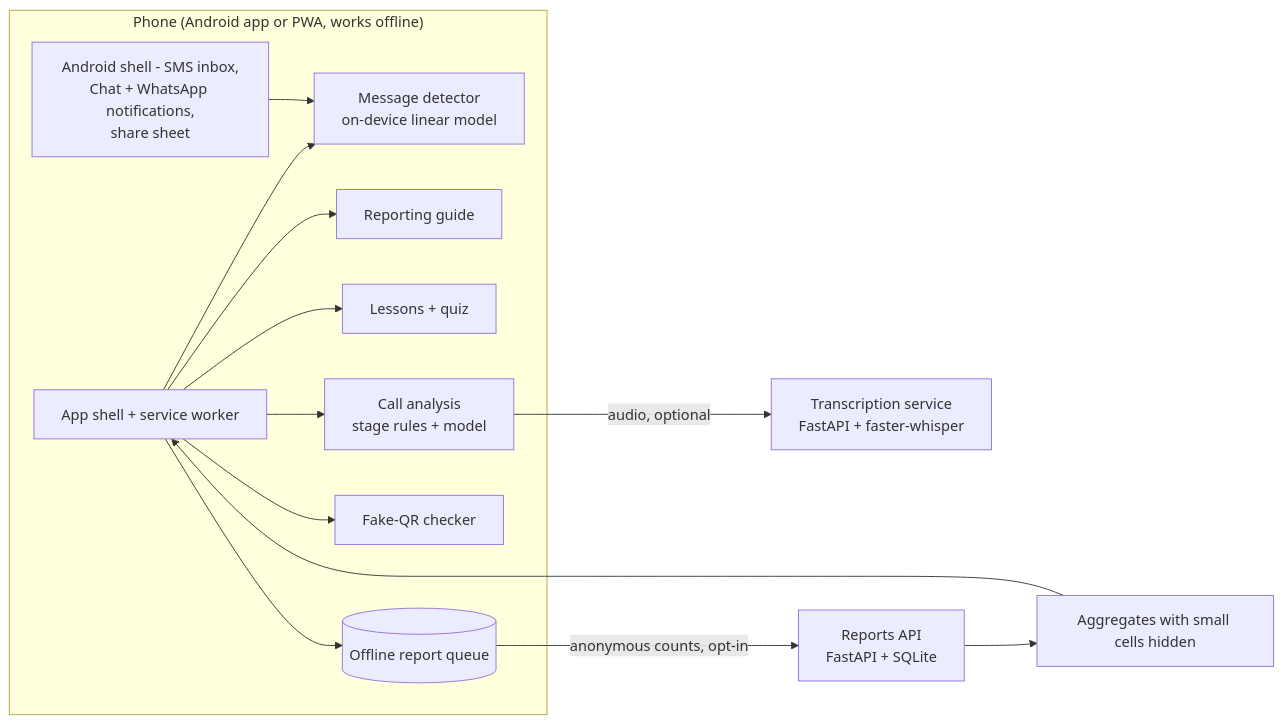
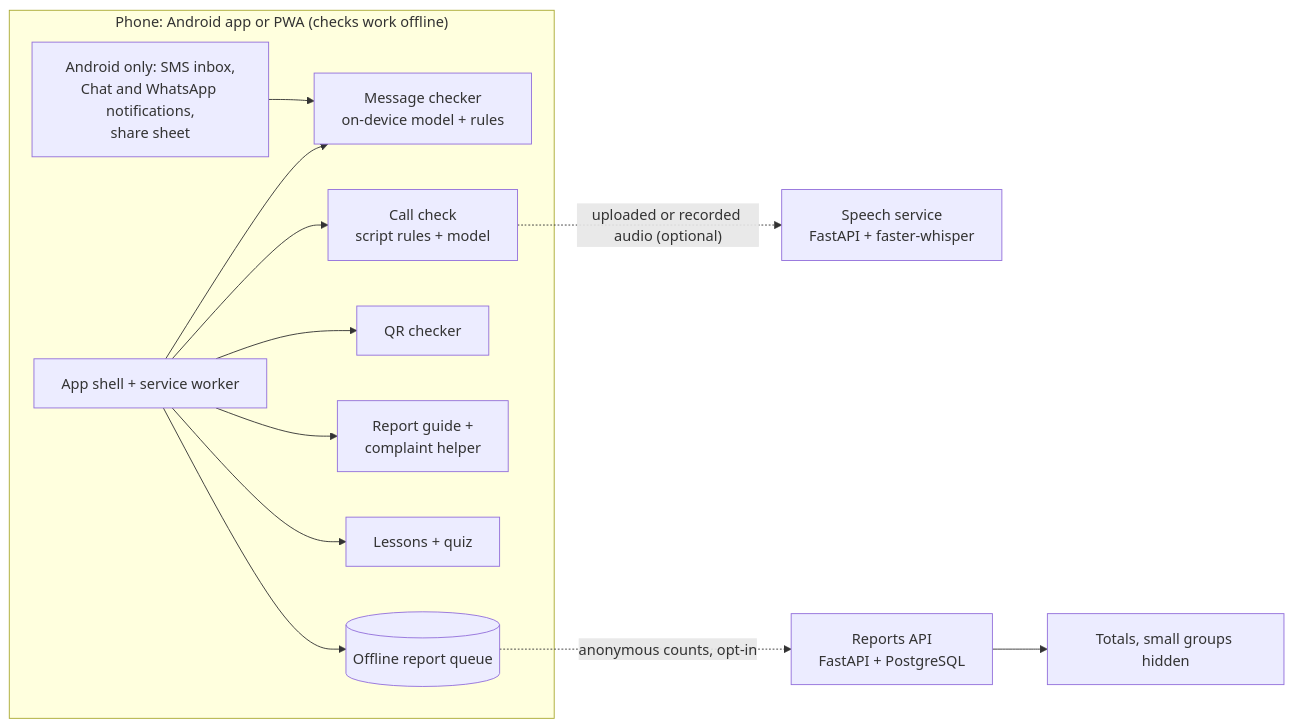
One commit to Headhunte-121/Hack-a-sol-specter changed the diagram in README.md. Above: the diagram before and after it, drawn with Mermaid. The commit also changed other lines of this file and 4 other files, not shown here.

````diff
--- a/README.md
+++ b/README.md
@@ -45,16 +96,15 @@
 ```mermaid
 flowchart LR
-  subgraph Phone["Phone (Android app or PWA, works offline)"]
-    A[App shell + service worker] --> B[Message detector<br/>on-device linear model]
-    N[Android shell - SMS inbox,<br/>Chat + WhatsApp notifications,<br/>share sheet] --> B
-    A --> C[Reporting guide]
-    A --> D[Lessons + quiz]
-    A --> E[Call analysis<br/>stage rules + model]
-    A --> F[Fake-QR checker]
-    A --> Q[(Offline report queue)]
+  subgraph Phone["Phone: Android app or PWA (checks work offline)"]
+    N["Android only: SMS inbox,<br/>Chat and WhatsApp notifications,<br/>share sheet"] --> B["Message checker<br/>on-device model + rules"]
+    A["App shell + service worker"] --> B
+    A --> E["Call check<br/>script rules + model"]
+    A --> F["QR checker"]
+    A --> C["Report guide +<br/>complaint helper"]
+    A --> D["Lessons + quiz"]
+    A --> Q[("Offline report queue")]
   end
-  E -- audio, optional --> S[Transcription service<br/>FastAPI + faster-whisper]
-  Q -- anonymous counts, opt-in --> R[Reports API<br/>FastAPI + SQLite]
-  R --> T[Aggregates with small cells hidden]
-  T --> A
+  E -. "uploaded or recorded audio (optional)" .-> S["Speech service<br/>FastAPI + faster-whisper"]
+  Q -. "anonymous counts, opt-in" .-> R["Reports API<br/>FastAPI + PostgreSQL"]
+  R --> T["Totals, small groups hidden"]
 ```
````
